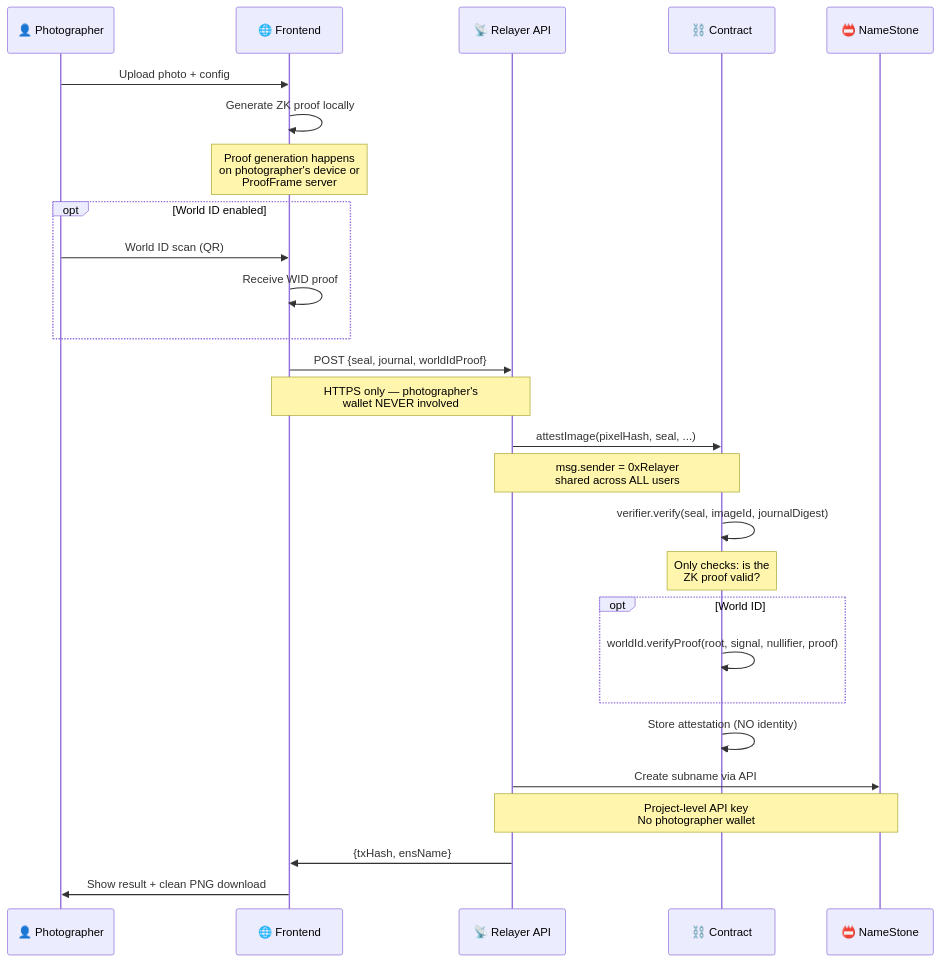
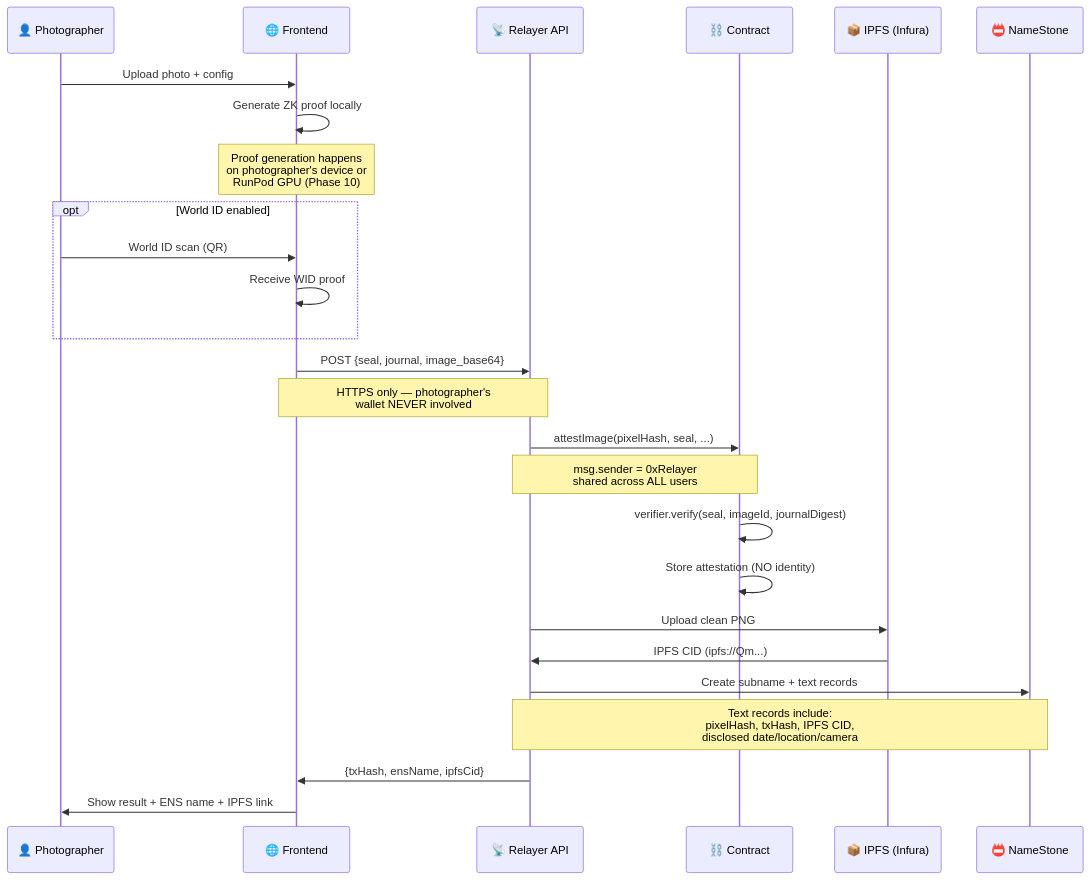
One commit to pycckuu/proof-frame changed the seventh of 13 diagrams in docs/DIAGRAMS.md. Above: the diagram before and after it, drawn with Mermaid. The commit also changed other lines of this file and 7 other files, not shown here.

First line of the commit message:
feat(ens): integrate NameStone subnames and IPFS image upload

````diff
--- a/docs/DIAGRAMS.md
+++ b/docs/DIAGRAMS.md
@@ -269,38 +275,36 @@
 ```mermaid
 sequenceDiagram
     participant J as 👤 Photographer
     participant F as 🌐 Frontend
     participant R as 📡 Relayer API
     participant C as ⛓️ Contract
+    participant I as 📦 IPFS (Infura)
     participant N as 📛 NameStone
 
     J->>F: Upload photo + config
     F->>F: Generate ZK proof locally
-    Note over F: Proof generation happens<br/>on photographer's device or<br/>ProofFrame server
+    Note over F: Proof generation happens<br/>on photographer's device or<br/>RunPod GPU (Phase 10)
 
     opt World ID enabled
         J->>F: World ID scan (QR)
         F->>F: Receive WID proof
     end
 
-    F->>R: POST {seal, journal, worldIdProof}
+    F->>R: POST {seal, journal, image_base64}
     Note over F,R: HTTPS only — photographer's<br/>wallet NEVER involved
 
     R->>C: attestImage(pixelHash, seal, ...)
     Note over R,C: msg.sender = 0xRelayer<br/>shared across ALL users
 
     C->>C: verifier.verify(seal, imageId, journalDigest)
-    Note over C: Only checks: is the<br/>ZK proof valid?
-
-    opt World ID
-        C->>C: worldId.verifyProof(root, signal, nullifier, proof)
-    end
-
     C->>C: Store attestation (NO identity)
 
-    R->>N: Create subname via API
-    Note over R,N: Project-level API key<br/>No photographer wallet
+    R->>I: Upload clean PNG
+    I->>R: IPFS CID (ipfs://Qm...)
 
-    R->>F: {txHash, ensName}
-    F->>J: Show result + clean PNG download
+    R->>N: Create subname + text records
+    Note over R,N: Text records include:<br/>pixelHash, txHash, IPFS CID,<br/>disclosed date/location/camera
+
+    R->>F: {txHash, ensName, ipfsCid}
+    F->>J: Show result + ENS name + IPFS link
 ```
````
